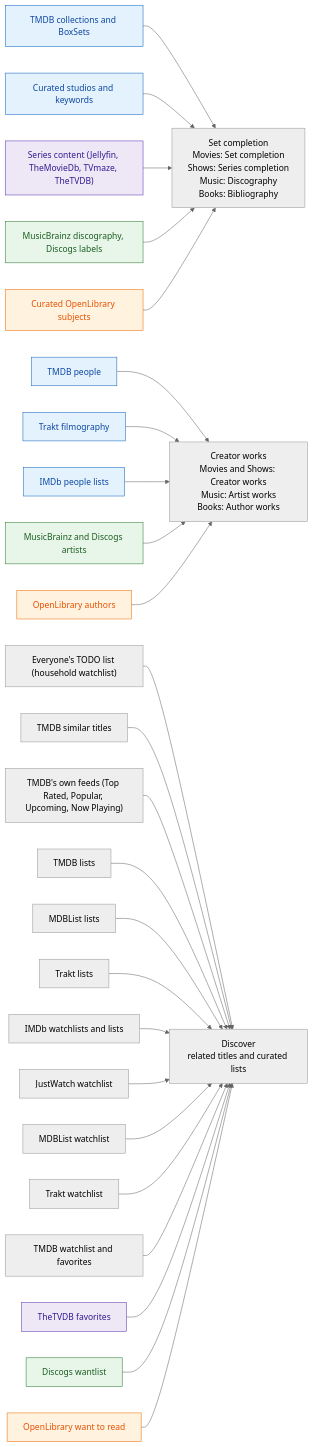
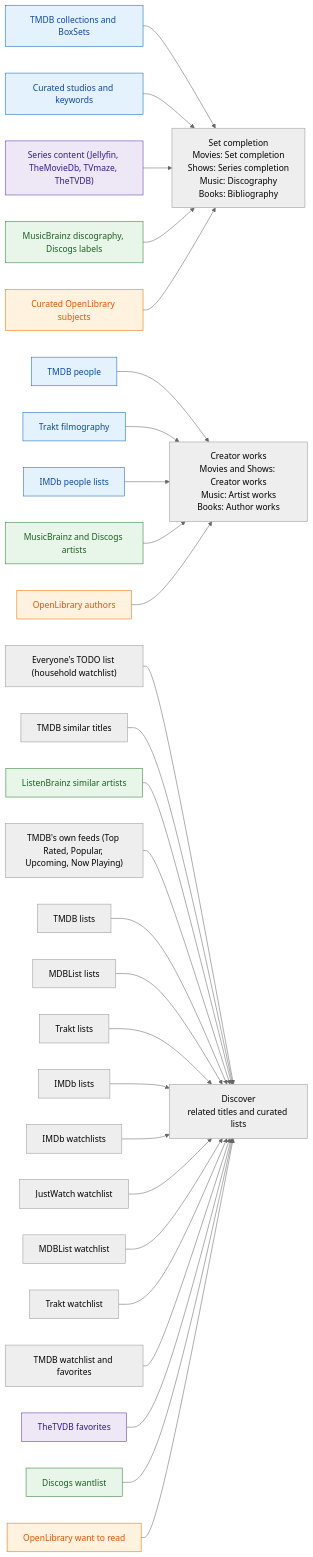
One commit to IDisposable/jellyfin-plugin-mindthegaps changed the diagram in README.md. Above: the diagram before and after it, drawn with Mermaid (neutral theme). The commit also changed other lines of this file and 59 other files, not shown here.

````diff
--- a/README.md
+++ b/README.md
@@ -52,38 +52,40 @@
 ```mermaid
 flowchart LR
     classDef movies fill:#e3f2fd,stroke:#1565c0,color:#0d47a1;
     classDef shows fill:#ede7f6,stroke:#5e35b1,color:#311b92;
     classDef music fill:#e8f5e9,stroke:#2e7d32,color:#1b5e20;
     classDef books fill:#fff3e0,stroke:#ef6c00,color:#e65100;
 
     col["TMDB collections and BoxSets"]:::movies --> SET
     cur["Curated studios and keywords"]:::movies --> SET
     ser["Series content (Jellyfin, TheMovieDb, TVmaze, TheTVDB)"]:::shows --> SET
     mbd["MusicBrainz discography, Discogs labels"]:::music --> SET
     cbs["Curated OpenLibrary subjects"]:::books --> SET
 
     ppl["TMDB people"]:::movies --> CRE
     trk["Trakt filmography"]:::movies --> CRE
     ipl["IMDb people lists"]:::movies --> CRE
     art["MusicBrainz and Discogs artists"]:::music --> CRE
     aut["OpenLibrary authors"]:::books --> CRE
 
     etw["Everyone's TODO list (household watchlist)"] --> DIS
     sim["TMDB similar titles"] --> DIS
+    lbs["ListenBrainz similar artists"]:::music --> DIS
     tdf["TMDB's own feeds (Top Rated, Popular, Upcoming, Now Playing)"] --> DIS
     tli["TMDB lists"] --> DIS
     mli["MDBList lists"] --> DIS
     trl["Trakt lists"] --> DIS
-    ili["IMDb watchlists and lists"] --> DIS
+    ili["IMDb lists"] --> DIS
+    iwl["IMDb watchlists"] --> DIS
     jwl["JustWatch watchlist"] --> DIS
     mwl["MDBList watchlist"] --> DIS
     twl["Trakt watchlist"] --> DIS
     tmw["TMDB watchlist and favorites"] --> DIS
     tvf["TheTVDB favorites"]:::shows --> DIS
     dwl["Discogs wantlist"]:::music --> DIS
     owl["OpenLibrary want to read"]:::books --> DIS
 
     SET["Set completion<br/>Movies: Set completion<br/>Shows: Series completion<br/>Music: Discography<br/>Books: Bibliography"]
     CRE["Creator works<br/>Movies and Shows: Creator works<br/>Music: Artist works<br/>Books: Author works"]
     DIS["Discover<br/>related titles and curated lists"]
 ```
````
